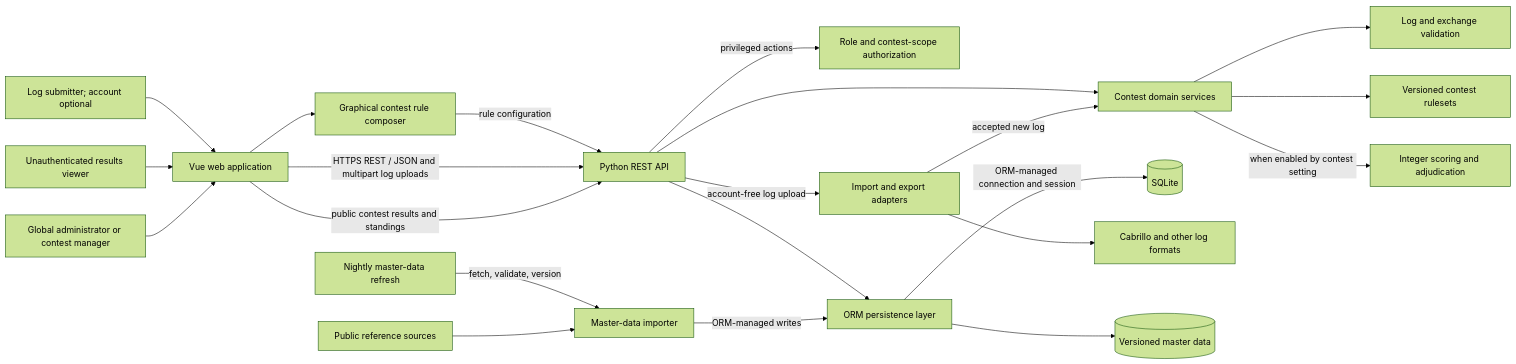
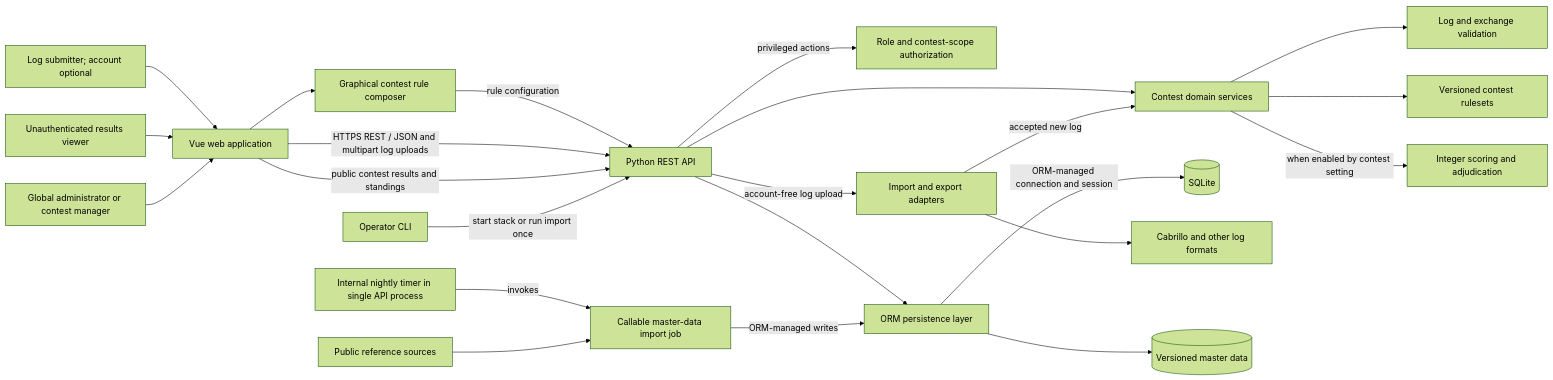
Before and after one commit to ea7klk/contestmaster: the first of 3 diagrams in documentation/README.md, drawn with Mermaid (forest theme). The commit also changed other lines of this file and 2 other files, not shown here.

Commit message:
Document CLI startup and internal data scheduler

````diff
--- a/documentation/README.md
+++ b/documentation/README.md
@@ -70,24 +70,25 @@
 ```mermaid
 flowchart LR
     Participant[Log submitter; account optional] --> Web[Vue web application]
     Visitor[Unauthenticated results viewer] --> Web
     PrivilegedUser[Global administrator or contest manager] --> Web
     Web --> Composer[Graphical contest rule composer]
     Composer -->|rule configuration| API[Python REST API]
     Web -->|HTTPS REST / JSON and multipart log uploads| API[Python REST API]
     Web -->|public contest results and standings| API
     API -->|privileged actions| Auth[Role and contest-scope authorization]
     API --> Domain[Contest domain services]
     Domain --> Validation[Log and exchange validation]
     Domain --> Rules[Versioned contest rulesets]
     Domain -->|when enabled by contest setting| Scoring[Integer scoring and adjudication]
     API --> Store[ORM persistence layer]
     Store -->|ORM-managed connection and session| DB[(SQLite)]
     API -->|account-free log upload| Adapters[Import and export adapters]
     Adapters -->|accepted new log| Domain
     Adapters --> Formats[Cabrillo and other log formats]
-    Scheduler[Nightly master-data refresh] -->|fetch, validate, version| MasterImport[Master-data importer]
+    Timer[Internal nightly timer in single API process] -->|invokes| MasterImport[Callable master-data import job]
+    CLI[Operator CLI] -->|start stack or run import once| API
     PublicSources[Public reference sources] --> MasterImport
     MasterImport -->|ORM-managed writes| Store
     Store --> ReferenceData[(Versioned master data)]
 ```
````
